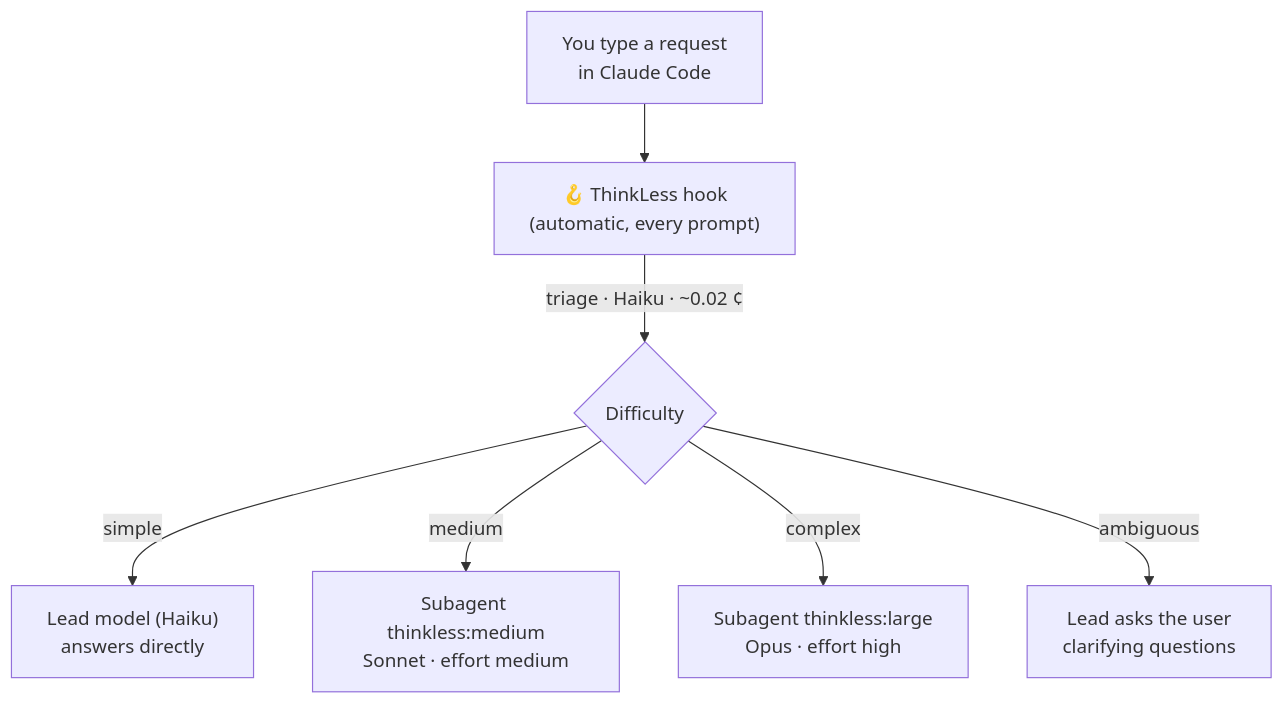
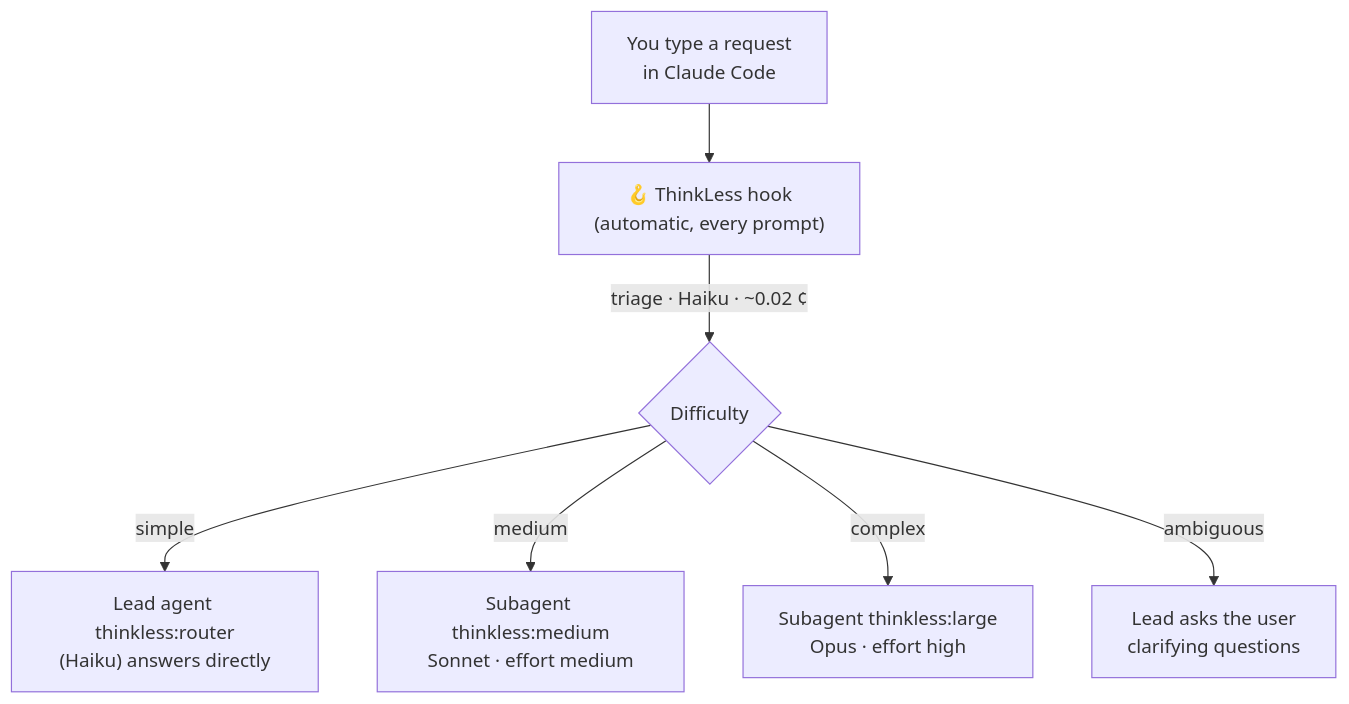
One commit to JacobRoche123/codejam-2026 changed the fourth of 12 diagrams in README.md. Above: the diagram before and after it, drawn with Mermaid. The commit also changed other lines of this file and 2 other files, not shown here.

First line of the commit message:
Add the ThinkLess Router lead agent for reliable delegation

````diff
--- a/README.md
+++ b/README.md
@@ -86,9 +86,9 @@
 ```mermaid
 flowchart TD
     U["You type a request<br/>in Claude Code"] --> H["🪝 ThinkLess hook<br/>(automatic, every prompt)"]
     H -->|"triage · Haiku · ~0.02 ¢"| V{Difficulty}
-    V -- simple --> L["Lead model (Haiku)<br/>answers directly"]
+    V -- simple --> L["Lead agent thinkless:router<br/>(Haiku) answers directly"]
     V -- medium --> M["Subagent thinkless:medium<br/>Sonnet · effort medium"]
     V -- complex --> O["Subagent thinkless:large<br/>Opus · effort high"]
     V -- ambiguous --> Q["Lead asks the user<br/>clarifying questions"]
 ```
````
